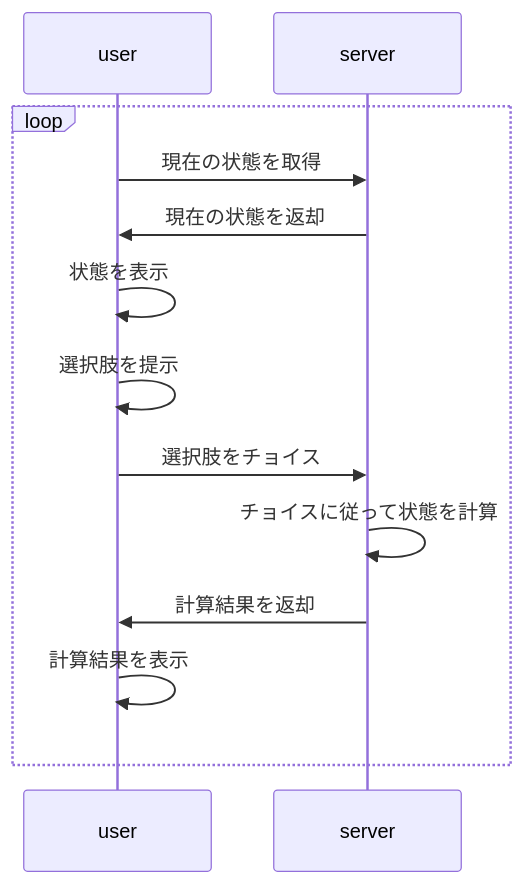
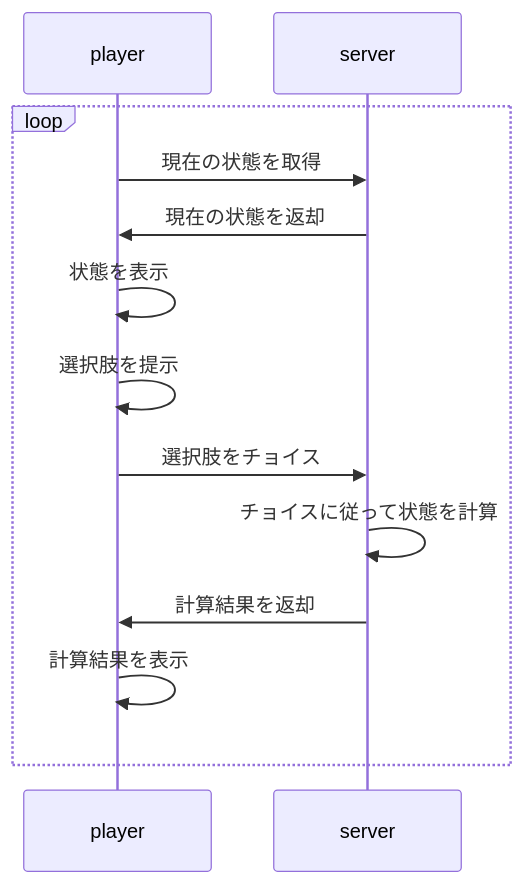
The diagram in design/interaction.md (pankona/moguri2), drawn with Mermaid before and after one commit.

Commit message:
replace user -> player

````diff
--- a/design/interaction.md
+++ b/design/interaction.md
@@ -3,13 +3,13 @@
 ```mermaid
 sequenceDiagram
 loop
-    user->>server: 現在の状態を取得
-    server->>user: 現在の状態を返却
-    user->>user: 状態を表示
-    user->>user: 選択肢を提示
-    user->>server: 選択肢をチョイス
+    player->>server: 現在の状態を取得
+    server->>player: 現在の状態を返却
+    player->>player: 状態を表示
+    player->>player: 選択肢を提示
+    player->>server: 選択肢をチョイス
     server->>server: チョイスに従って状態を計算
-    server->>user: 計算結果を返却
-    user->>user: 計算結果を表示
+    server->>player: 計算結果を返却
+    player->>player: 計算結果を表示
 end
 ```
````
